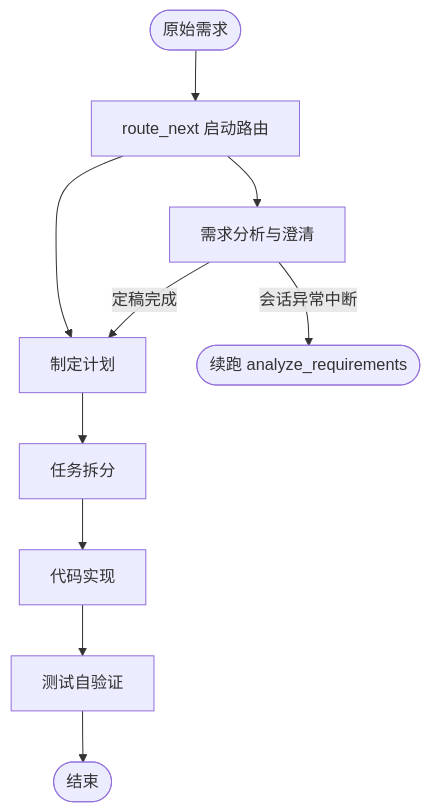
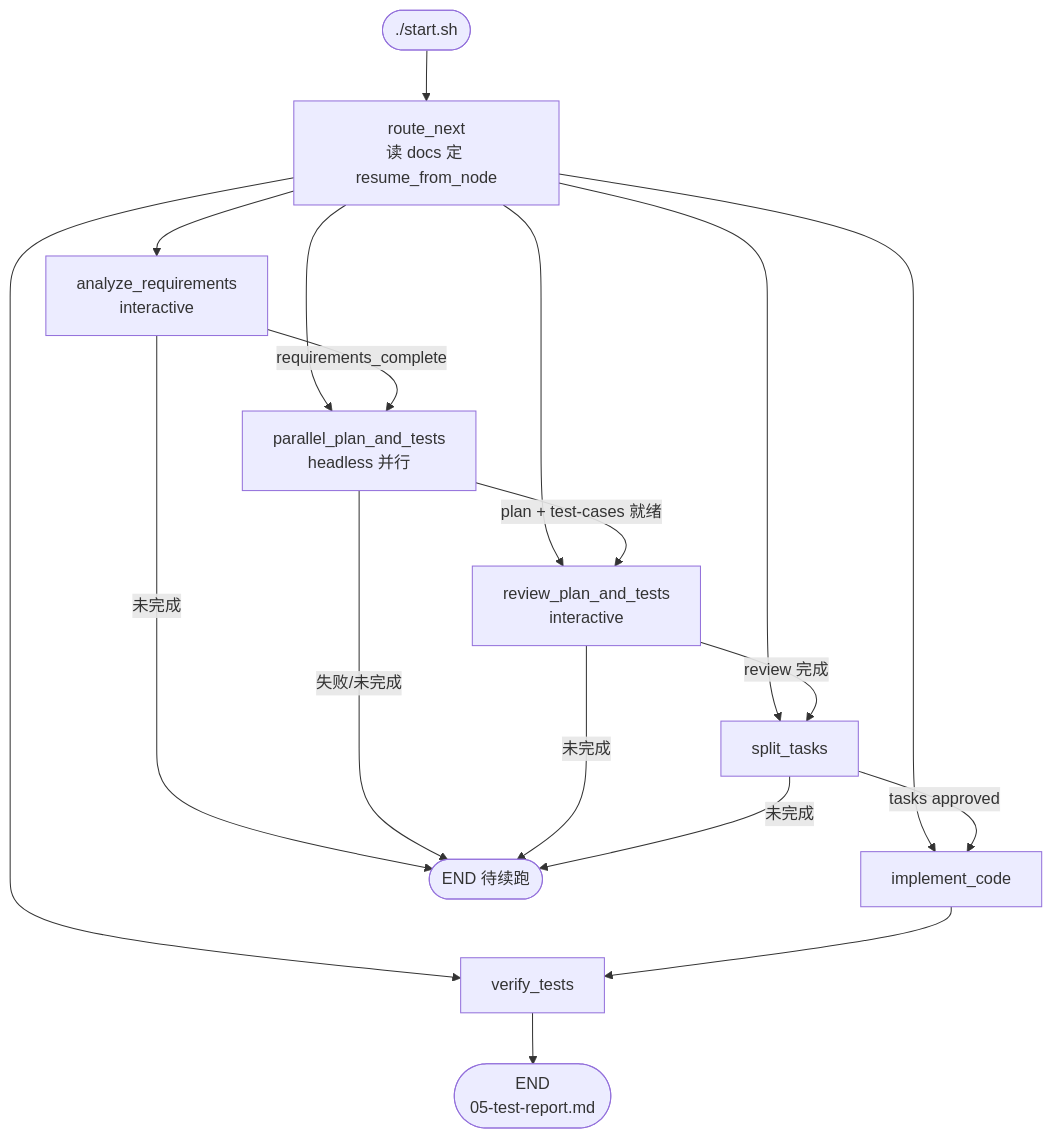
Before and after one commit to BeyondNothing/ai4se-sdd-loop-workflow: the diagram in README.md, drawn with Mermaid. The commit also changed other lines of this file and 43 other files, not shown here.

````diff
--- a/README.md
+++ b/README.md
@@ -106,9 +99,25 @@
 ```mermaid
 flowchart TD
-    START([原始需求]) --> ROUTE[route_next 启动路由]
-    ROUTE --> A[需求分析与澄清]
-    ROUTE --> B[制定计划]
-    A -->|定稿完成| B
-    A -->|会话异常中断| PAUSE([续跑 analyze_requirements])
-    B --> C[任务拆分] --> D[代码实现] --> E[测试自验证] --> END([结束])
+    START([./start.sh]) --> ROUTE[route_next<br/>读 docs 定 resume_from_node]
+    ROUTE --> A[analyze_requirements<br/>interactive]
+    ROUTE --> P[parallel_plan_and_tests<br/>headless 并行]
+    ROUTE --> R[review_plan_and_tests<br/>interactive]
+    ROUTE --> T[split_tasks]
+    ROUTE --> I[implement_code]
+    ROUTE --> V[verify_tests]
+
+    A -->|requirements_complete| P
+    A -->|未完成| PAUSE([END 待续跑])
+
+    P -->|plan + test-cases 就绪| R
+    P -->|失败/未完成| PAUSE
+
+    R -->|review 完成| T
+    R -->|未完成| PAUSE
+
+    T -->|tasks approved| I
+    T -->|未完成| PAUSE
+
+    I --> V
+    V --> DONE([END<br/>05-test-report.md])
 ```
````
